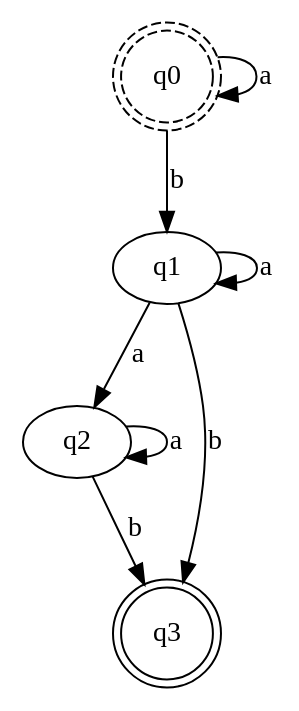
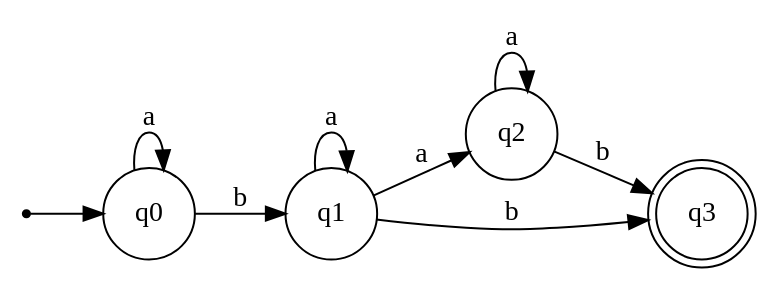
One commit to YoDineeee/DSL_Laboratory_works changed the diagram in 2-finita-automata/graph/NDFA_Variant13.dot. Above: the diagram before and after it, drawn with Graphviz. The commit also changed 3 other files, not shown here.

```diff
--- a/2-finita-automata/graph/NDFA_Variant13.dot
+++ b/2-finita-automata/graph/NDFA_Variant13.dot
@@ -1,14 +1,23 @@
-// Finite Automaton
+
 digraph {
-	q2
-	q0 [shape=doublecircle style=dashed]
-	q1
-	q3 [shape=doublecircle]
-	q0 -> q0 [label=a]
-	q0 -> q1 [label=b]
-	q1 -> q1 [label=a]
-	q1 -> q2 [label=a]
-	q1 -> q3 [label=b]
-	q2 -> q2 [label=a]
-	q2 -> q3 [label=b]
+    rankdir=LR;
+
+    // States
+    q0 [shape=circle]
+    q1 [shape=circle]
+    q2 [shape=circle]
+    q3 [shape=doublecircle]
+
+    // Start
+    start [shape=point]
+    start -> q0
+
+    // Transitions
+    q0 -> q0 [label="a"]
+    q0 -> q1 [label="b"]
+    q1 -> q1 [label="a"]
+    q1 -> q2 [label="a"]
+    q1 -> q3 [label="b"]
+    q2 -> q2 [label="a"]
+    q2 -> q3 [label="b"]
 }
```
